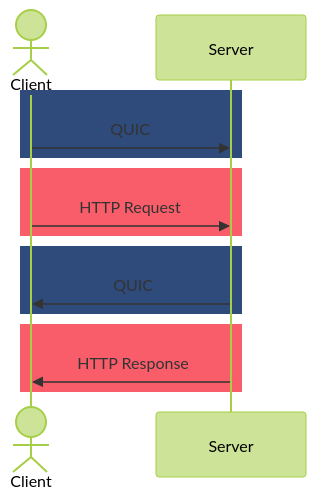
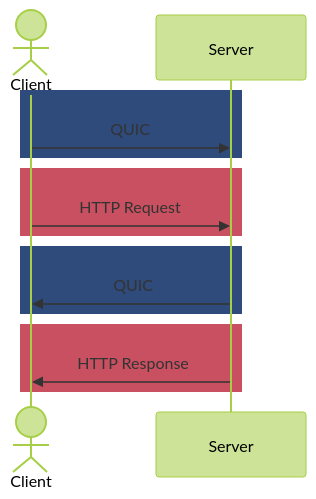
Before and after one commit to sudorandom/kmcd.dev: the third of 3 diagrams in content/posts/2024/grpc-over-http3/index.md, drawn with Mermaid (forest theme). The commit also changed other lines of this file, not shown here.

Commit message:
trivial: adjust color of mermaid seq diagg

````diff
--- a/content/posts/2024/grpc-over-http3/index.md
+++ b/content/posts/2024/grpc-over-http3/index.md
@@ -79,18 +79,18 @@
 ```mermaid
 sequenceDiagram
     actor Client
 
     rect rgb(47,75,124)
         Client ->> Server: QUIC
     end
-    rect rgb(249,93,106)
+    rect rgb(200,80,96)
         Client ->> Server: HTTP Request
     end
 
     rect rgb(47,75,124)
         Server ->> Client: QUIC
     end
-    rect rgb(249,93,106)
+    rect rgb(200,80,96)
         Server ->> Client: HTTP Response
     end
 ```
````
